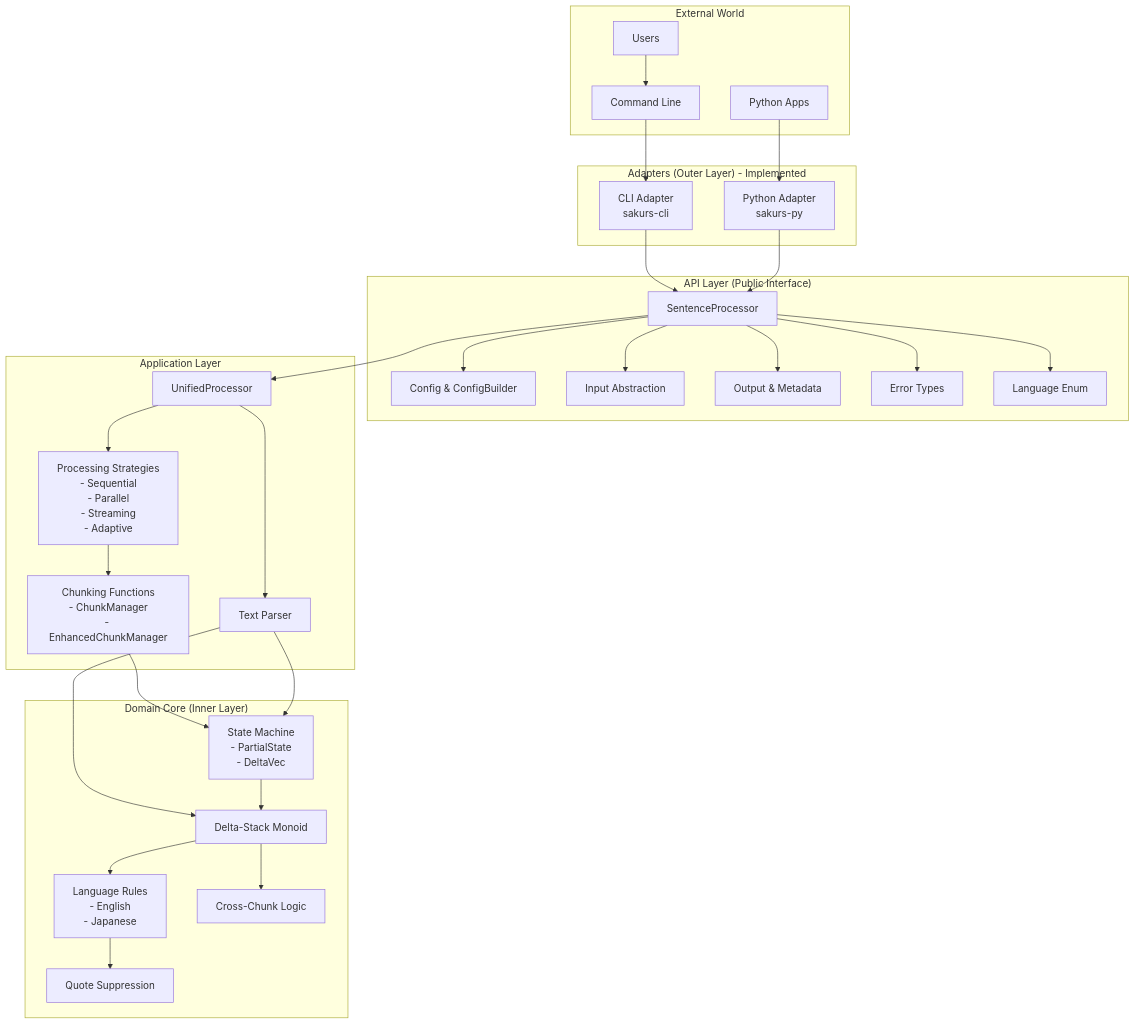
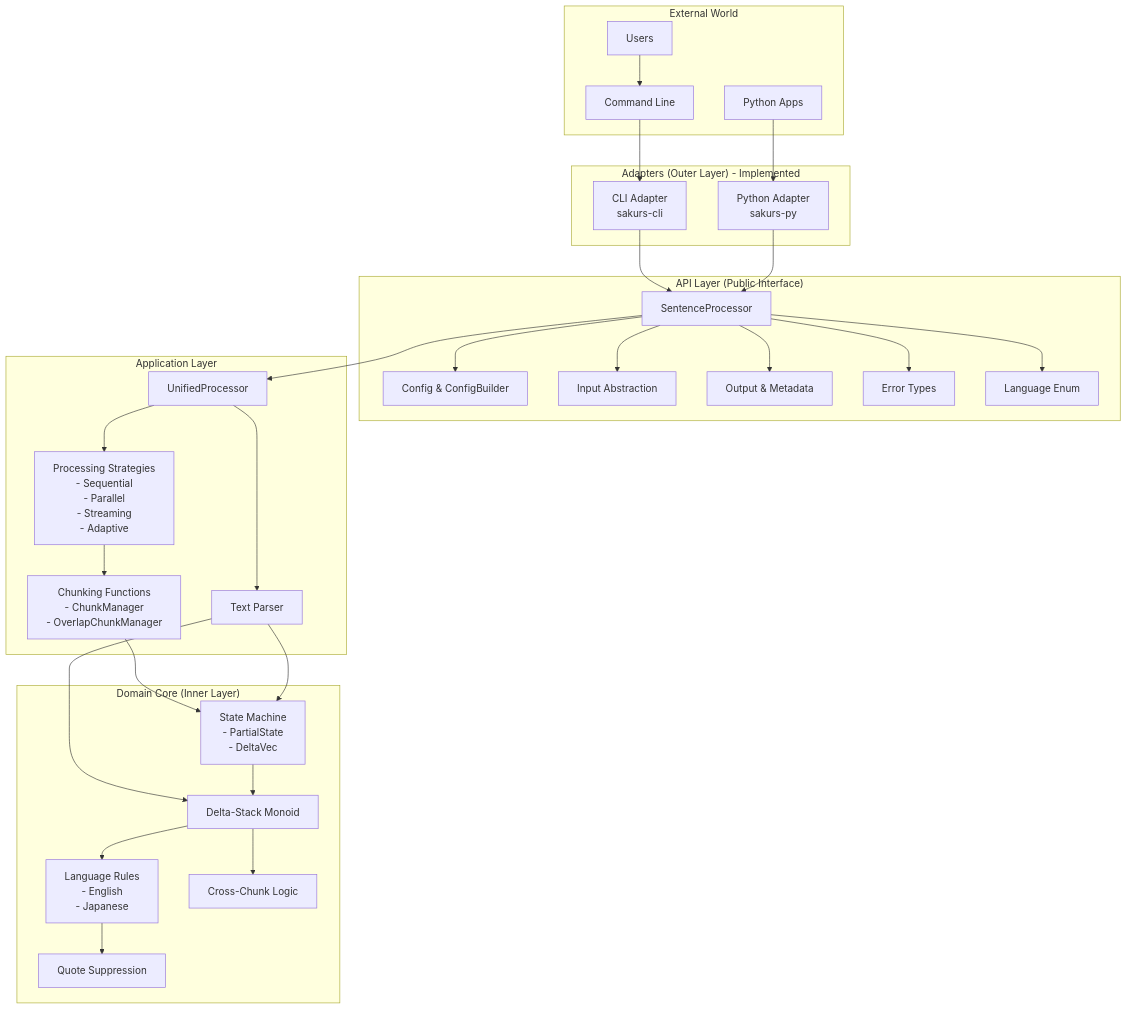
One commit to sog4be/sakurs changed the first of 2 diagrams in docs/ARCHITECTURE.md. Above: the diagram before and after it, drawn with Mermaid. The commit also changed other lines of this file, not shown here.

First line of the commit message:
docs: update ARCHITECTURE.md with OverlapChunkManager naming and remove detailed description

````diff
--- a/docs/ARCHITECTURE.md
+++ b/docs/ARCHITECTURE.md
@@ -18,63 +18,63 @@
 ```mermaid
 graph TB
     subgraph "External World"
         USER[Users]
         PY[Python Apps]
         CLI[Command Line]
     end
     
     subgraph "Adapters (Outer Layer) - Implemented"
         ADP_CLI[CLI Adapter<br/>sakurs-cli]
         ADP_PY[Python Adapter<br/>sakurs-py]
     end
     
     subgraph "API Layer (Public Interface)"
         API[SentenceProcessor]
         CFG[Config & ConfigBuilder]
         IN[Input Abstraction]
         OUT[Output & Metadata]
         ERR[Error Types]
         LANG[Language Enum]
     end
     
     subgraph "Application Layer"
         APP[UnifiedProcessor]
         STRAT[Processing Strategies<br/>- Sequential<br/>- Parallel<br/>- Streaming<br/>- Adaptive]
-        CHUNK[Chunking Functions<br/>- ChunkManager<br/>- EnhancedChunkManager]
+        CHUNK[Chunking Functions<br/>- ChunkManager<br/>- OverlapChunkManager]
         PARSER[Text Parser]
     end
     
     subgraph "Domain Core (Inner Layer)"
         ALGO[Delta-Stack Monoid]
         RULES[Language Rules<br/>- English<br/>- Japanese]
         STATE[State Machine<br/>- PartialState<br/>- DeltaVec]
         CROSS[Cross-Chunk Logic]
         QUOTE[Quote Suppression]
     end
     
     USER --> CLI
     CLI --> ADP_CLI
     PY --> ADP_PY
     
     ADP_CLI --> API
     ADP_PY --> API
     
     API --> CFG
     API --> IN
     API --> OUT
     API --> ERR
     API --> LANG
     API --> APP
     
     APP --> STRAT
     APP --> PARSER
     STRAT --> CHUNK
     PARSER --> ALGO
     
     CHUNK --> STATE
     PARSER --> STATE
     STATE --> ALGO
     ALGO --> RULES
     ALGO --> CROSS
     RULES --> QUOTE
 ```
````
